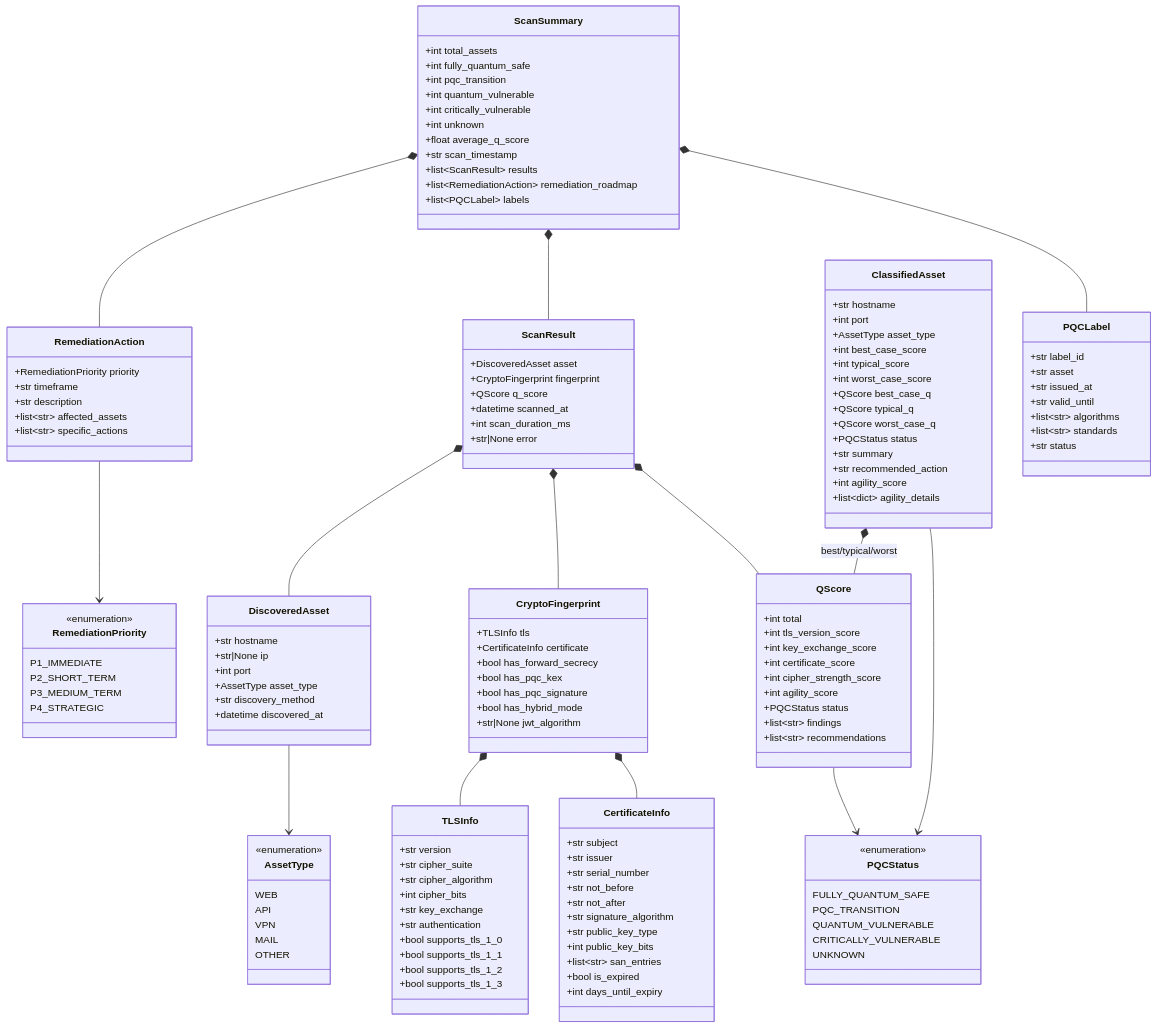
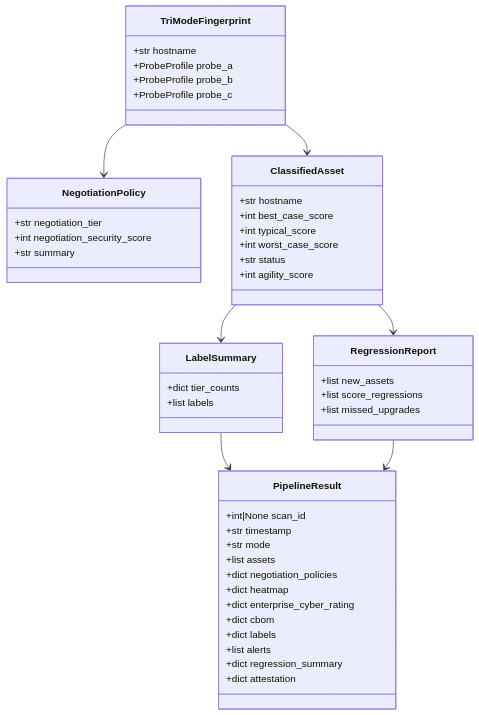
Before and after one commit to Aniket03052006/PNB: the fifth of 8 diagrams in README.md, drawn with Mermaid. The commit also changed other lines of this file and 15 other files, not shown here.

````diff
--- a/README.md
+++ b/README.md
@@ -647,158 +686,57 @@
 ```mermaid
 classDiagram
-    class PQCStatus {
-        <<enumeration>>
-        FULLY_QUANTUM_SAFE
-        PQC_TRANSITION
-        QUANTUM_VULNERABLE
-        CRITICALLY_VULNERABLE
-        UNKNOWN
+    class PipelineResult {
+        +int|None scan_id
+        +str timestamp
+        +str mode
+        +list assets
+        +dict negotiation_policies
+        +dict heatmap
+        +dict enterprise_cyber_rating
+        +dict cbom
+        +dict labels
+        +list alerts
+        +dict regression_summary
+        +dict attestation
     }
 
-    class RemediationPriority {
-        <<enumeration>>
-        P1_IMMEDIATE
-        P2_SHORT_TERM
-        P3_MEDIUM_TERM
-        P4_STRATEGIC
+    class TriModeFingerprint {
+        +str hostname
+        +ProbeProfile probe_a
+        +ProbeProfile probe_b
+        +ProbeProfile probe_c
     }
 
-    class AssetType {
-        <<enumeration>>
-        WEB
-        API
-        VPN
-        MAIL
-        OTHER
-    }
-
-    class DiscoveredAsset {
-        +str hostname
-        +str|None ip
-        +int port
-        +AssetType asset_type
-        +str discovery_method
-        +datetime discovered_at
-    }
-
-    class TLSInfo {
-        +str version
-        +str cipher_suite
-        +str cipher_algorithm
-        +int cipher_bits
-        +str key_exchange
-        +str authentication
-        +bool supports_tls_1_0
-        +bool supports_tls_1_1
-        +bool supports_tls_1_2
-        +bool supports_tls_1_3
-    }
-
-    class CertificateInfo {
-        +str subject
-        +str issuer
-        +str serial_number
-        +str not_before
-        +str not_after
-        +str signature_algorithm
-        +str public_key_type
-        +int public_key_bits
-        +list~str~ san_entries
-        +bool is_expired
-        +int days_until_expiry
-    }
-
-    class CryptoFingerprint {
-        +TLSInfo tls
-        +CertificateInfo certificate
-        +bool has_forward_secrecy
-        +bool has_pqc_kex
-        +bool has_pqc_signature
-        +bool has_hybrid_mode
-        +str|None jwt_algorithm
-    }
-
-    class QScore {
-        +int total
-        +int tls_version_score
-        +int key_exchange_score
-        +int certificate_score
-        +int cipher_strength_score
-        +int agility_score
-        +PQCStatus status
-        +list~str~ findings
-        +list~str~ recommendations
+    class NegotiationPolicy {
+        +str negotiation_tier
+        +int negotiation_security_score
+        +str summary
     }
 
     class ClassifiedAsset {
         +str hostname
-        +int port
-        +AssetType asset_type
         +int best_case_score
         +int typical_score
         +int worst_case_score
-        +QScore best_case_q
-        +QScore typical_q
-        +QScore worst_case_q
-        +PQCStatus status
-        +str summary
-        +str recommended_action
+        +str status
         +int agility_score
-        +list~dict~ agility_details
     }
 
-    class ScanResult {
-        +DiscoveredAsset asset
-        +CryptoFingerprint fingerprint
-        +QScore q_score
-        +datetime scanned_at
-        +int scan_duration_ms
-        +str|None error
+    class RegressionReport {
+        +list new_assets
+        +list score_regressions
+        +list missed_upgrades
     }
 
-    class ScanSummary {
-        +int total_assets
-        +int fully_quantum_safe
-        +int pqc_transition
-        +int quantum_vulnerable
-        +int critically_vulnerable
-        +int unknown
-        +float average_q_score
-        +str scan_timestamp
-        +list~ScanResult~ results
-        +list~RemediationAction~ remediation_roadmap
-        +list~PQCLabel~ labels
+    class LabelSummary {
+        +dict tier_counts
+        +list labels
     }
 
-    class RemediationAction {
-        +RemediationPriority priority
-        +str timeframe
-        +str description
-        +list~str~ affected_assets
-        +list~str~ specific_actions
-    }
-
-    class PQCLabel {
-        +str label_id
-        +str asset
-        +str issued_at
-        +str valid_until
-        +list~str~ algorithms
-        +list~str~ standards
-        +str status
-    }
-
-    ScanResult *-- DiscoveredAsset
-    ScanResult *-- CryptoFingerprint
-    ScanResult *-- QScore
-    CryptoFingerprint *-- TLSInfo
-    CryptoFingerprint *-- CertificateInfo
-    QScore --> PQCStatus
-    ClassifiedAsset *-- QScore : best/typical/worst
-    ClassifiedAsset --> PQCStatus
-    ScanSummary *-- ScanResult
-    ScanSummary *-- RemediationAction
-    ScanSummary *-- PQCLabel
-    RemediationAction --> RemediationPriority
-    DiscoveredAsset --> AssetType
+    TriModeFingerprint --> NegotiationPolicy
+    TriModeFingerprint --> ClassifiedAsset
+    ClassifiedAsset --> RegressionReport
+    ClassifiedAsset --> LabelSummary
+    LabelSummary --> PipelineResult
+    RegressionReport --> PipelineResult
 ```
````
